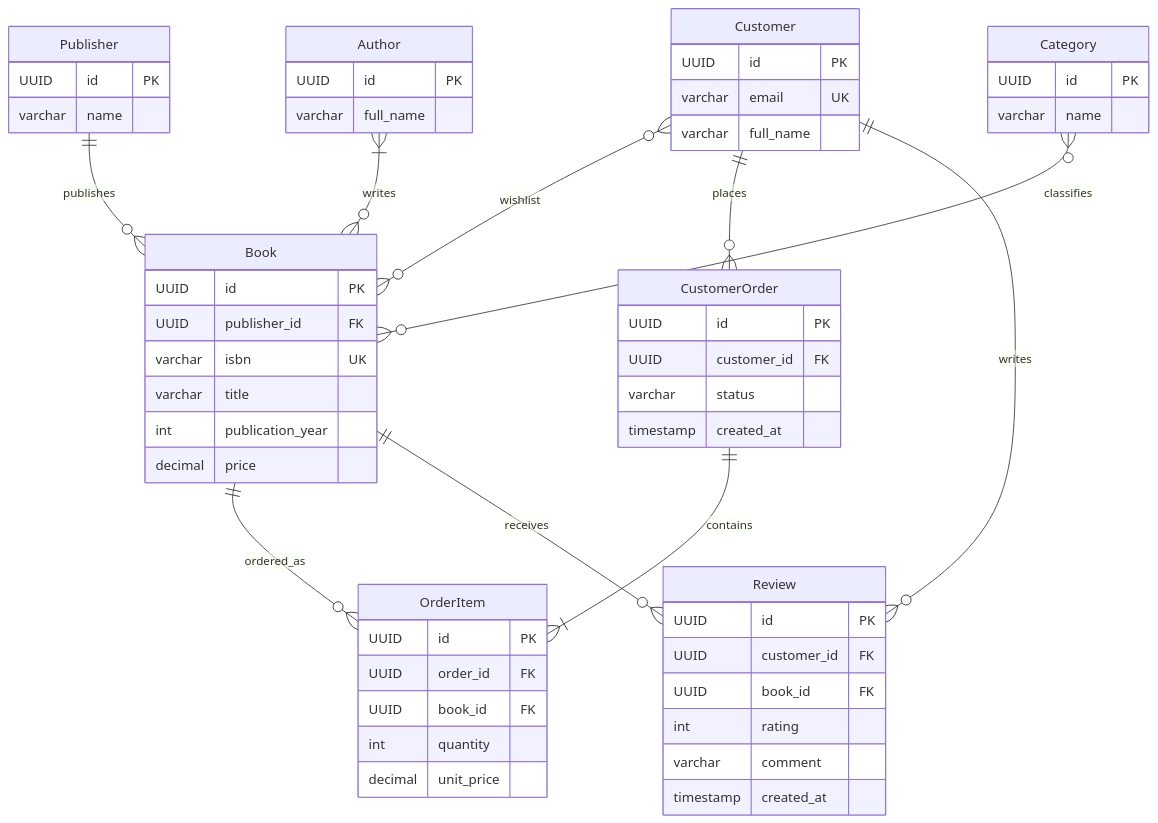
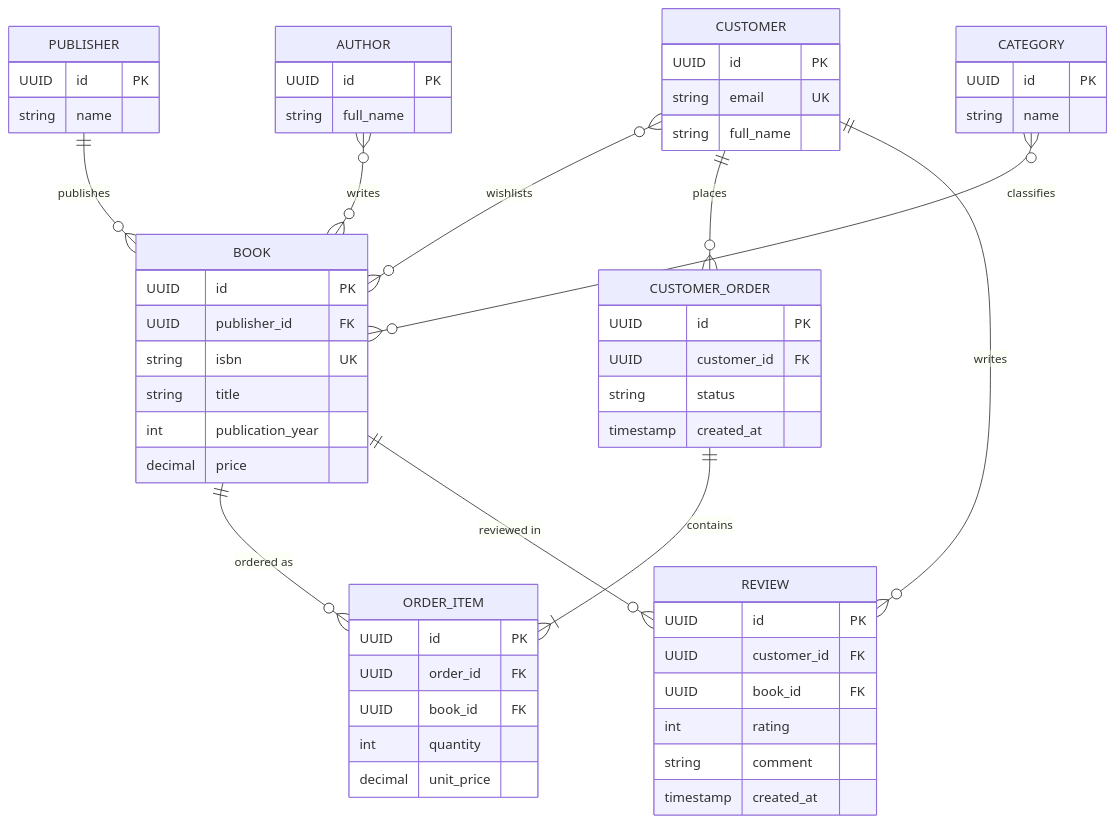
The diagram in Lab1/model/bookstore.mmd (Saeghxx/KPI2), drawn with Mermaid before and after one commit. The commit also changed 8 other files, not shown here.

Commit message:
Revert "Lab1: виправлення за аудитом (spec v5, ER-діаграма, DEFENSE)"

```diff
--- a/Lab1/model/bookstore.mmd
+++ b/Lab1/model/bookstore.mmd
@@ -1,70 +1,57 @@
 erDiagram
-    Customer {
+    CUSTOMER {
         UUID id PK
-        varchar email UK
-        varchar full_name
+        string email UK
+        string full_name
     }
-
-    Publisher {
+    PUBLISHER {
         UUID id PK
-        varchar name
+        string name
     }
-
-    Author {
+    AUTHOR {
         UUID id PK
-        varchar full_name
+        string full_name
     }
-
-    Category {
+    CATEGORY {
         UUID id PK
-        varchar name
+        string name
     }
-
-    Book {
+    BOOK {
         UUID id PK
         UUID publisher_id FK
-        varchar isbn UK
-        varchar title
+        string isbn UK
+        string title
         int publication_year
         decimal price
     }
-
-    CustomerOrder {
+    CUSTOMER_ORDER {
         UUID id PK
         UUID customer_id FK
-        varchar status
+        string status
         timestamp created_at
     }
-
-    OrderItem {
+    ORDER_ITEM {
         UUID id PK
         UUID order_id FK
         UUID book_id FK
         int quantity
         decimal unit_price
     }
-
-    Review {
+    REVIEW {
         UUID id PK
         UUID customer_id FK
         UUID book_id FK
         int rating
-        varchar comment
+        string comment
         timestamp created_at
     }
 
-    Publisher ||--o{ Book : publishes
-    Author }|--o{ Book : writes
-    Category }o--o{ Book : classifies
-    Customer }o--o{ Book : wishlist
-    Customer ||--o{ CustomerOrder : places
-    CustomerOrder ||--|{ OrderItem : contains
-    Book ||--o{ OrderItem : ordered_as
-    Customer ||--o{ Review : writes
-    Book ||--o{ Review : receives
-
-    %% 9. кожна книга має щонайменше одного автора
-    %% 10. status: одне зі значень new, paid, shipped, cancelled
-    %% 11. rating: ціле від 1 до 5
-    %% 12. унікальна пара: customer_id + book_id у Review
-    %% 13. унікальна пара: order_id + book_id в OrderItem; quantity не менше 1
+    PUBLISHER ||--o{ BOOK : publishes
+    AUTHOR }o--o{ BOOK : writes
+    CATEGORY }o--o{ BOOK : classifies
+    CUSTOMER }o--o{ BOOK : wishlists
+    CUSTOMER ||--o{ CUSTOMER_ORDER : places
+    CUSTOMER_ORDER ||--|{ ORDER_ITEM : contains
+    BOOK ||--o{ ORDER_ITEM : "ordered as"
+    CUSTOMER ||--o{ REVIEW : writes
+    BOOK ||--o{ REVIEW : "reviewed in"
```
